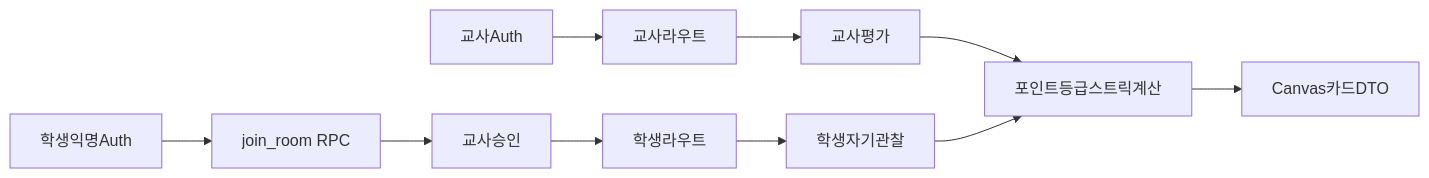
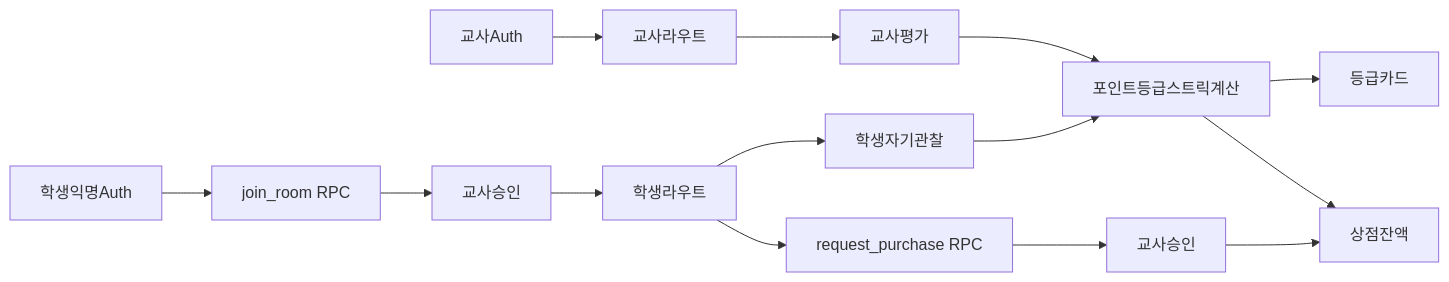
One commit to byeol12/vibeCodingNEW changed the diagram in v1/docs/architecture.md. Above: the diagram before and after it, drawn with Mermaid. The commit also changed other lines of this file and 26 other files, not shown here.

````diff
--- a/v1/docs/architecture.md
+++ b/v1/docs/architecture.md
@@ -13,12 +13,16 @@
 ```mermaid
 flowchart LR
   Teacher[교사Auth] --> TeacherPages[교사라우트]
   Student[학생익명Auth] --> JoinRoom[join_room RPC]
   JoinRoom --> Approval[교사승인]
   Approval --> StudentPages[학생라우트]
   TeacherPages --> Evaluation[교사평가]
   StudentPages --> Reflection[학생자기관찰]
   Evaluation --> Derived[포인트등급스트릭계산]
   Reflection --> Derived
-  Derived --> Card[Canvas카드DTO]
+  Derived --> Card[등급카드]
+  Derived --> ShopBalance[상점잔액]
+  StudentPages --> Purchase[request_purchase RPC]
+  Purchase --> TeacherApprove[교사승인]
+  TeacherApprove --> ShopBalance
 ```
````
